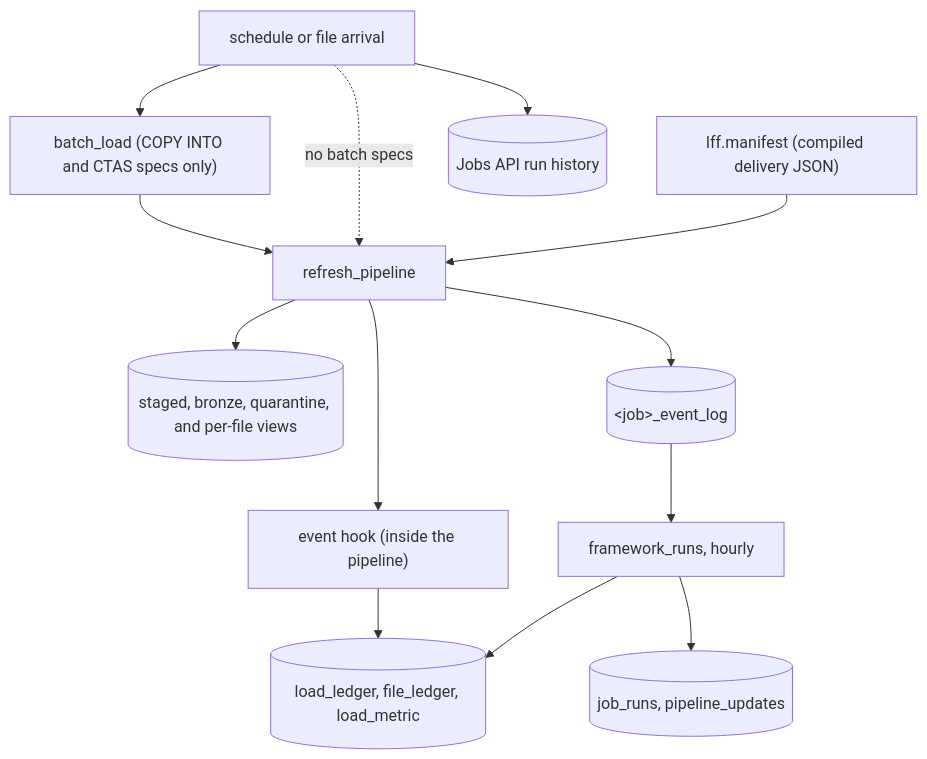
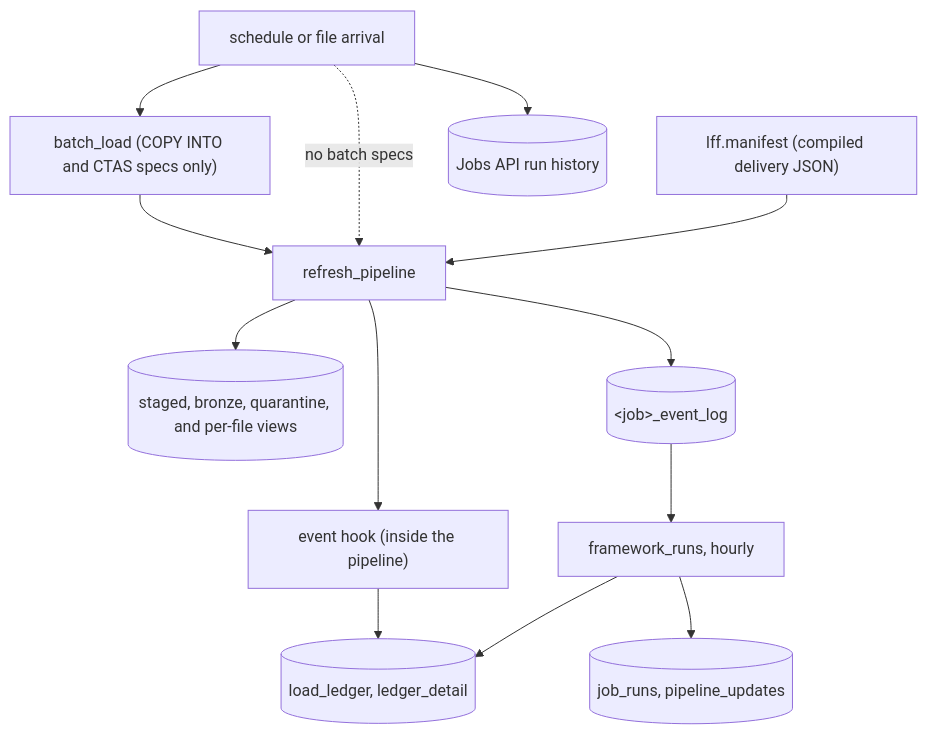
The second of 9 diagrams in framework_docs/ARCHITECTURE.md (NitinKeshavB/framework), drawn with Mermaid before and after one commit. The commit also changed other lines of this file and 26 other files, not shown here.

First line of the commit message:
Feature: Unify load ledger with ledger_detail and 90d quarterly archives

````diff
--- a/framework_docs/ARCHITECTURE.md
+++ b/framework_docs/ARCHITECTURE.md
@@ -78,15 +78,15 @@
 ```mermaid
 flowchart TD
   trigger[schedule or file arrival] --> batchLoad["batch_load (COPY INTO and CTAS specs only)"]
   batchLoad --> refresh[refresh_pipeline]
   trigger -. no batch specs .-> refresh
   specs["lff.manifest (compiled delivery JSON)"] --> refresh
   refresh --> tables[(staged, bronze, quarantine, and per-file views)]
   refresh --> eventLog[("&lt;job&gt;_event_log")]
   refresh --> hook["event hook (inside the pipeline)"]
-  hook --> ledger[(load_ledger, file_ledger, load_metric)]
+  hook --> ledger[(load_ledger, ledger_detail)]
   eventLog --> catchUp["framework_runs, hourly"]
   catchUp --> ledger
   catchUp --> jobRuns[(job_runs, pipeline_updates)]
   trigger --> jobsApi[(Jobs API run history)]
 ```
````
